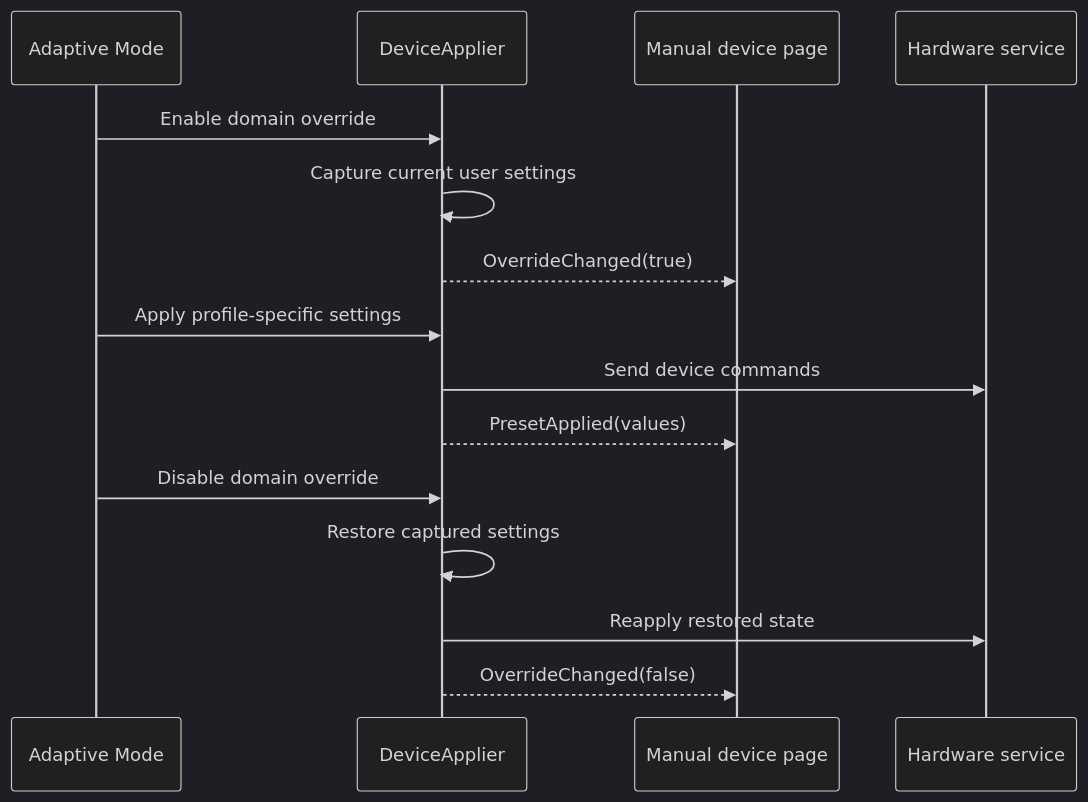
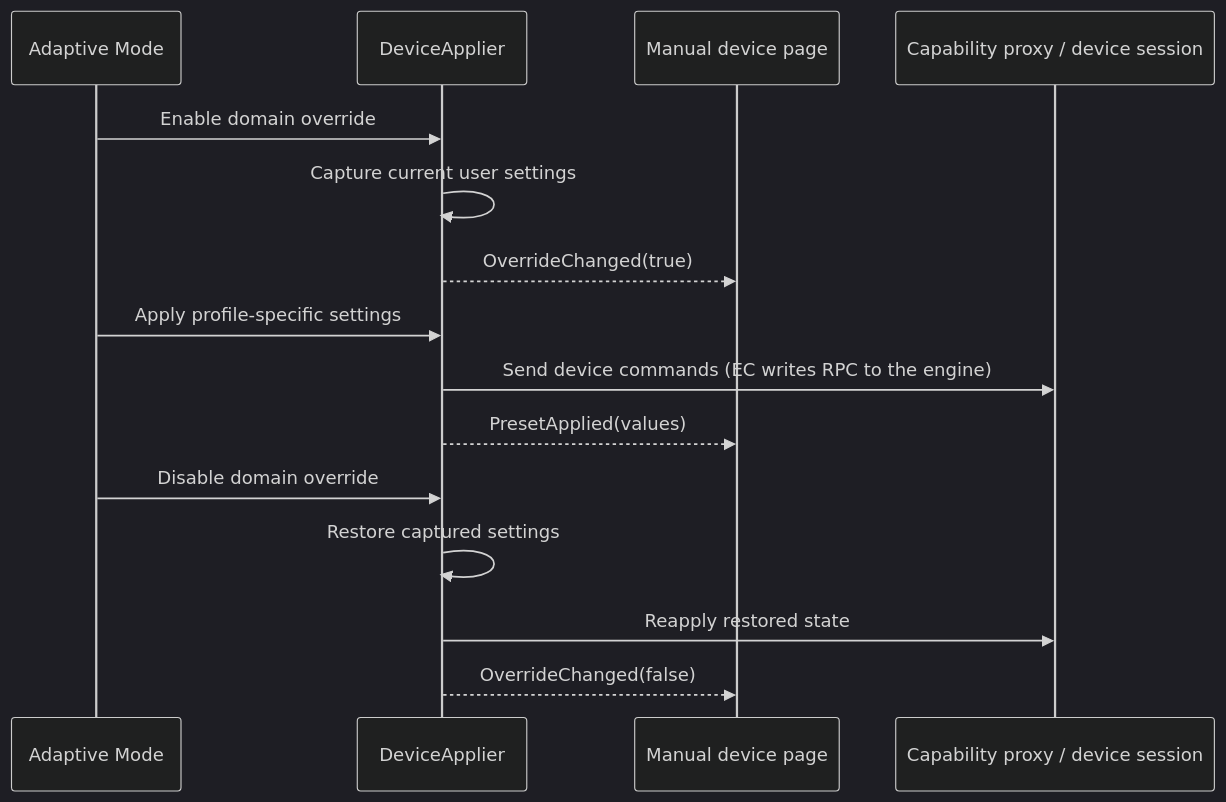
One commit to Uniwill-Control-Utility/Uniwill-Control-Utility changed the third of 3 diagrams in wiki/architecture/preset-and-adaptive-pipelines.md. Above: the diagram before and after it, drawn with Mermaid (dark theme). The commit also changed other lines of this file and 24 other files, not shown here.

First line of the commit message:
Phase 6: retire the guardian and the dev bridge; the engine is the architecture

````diff
--- a/wiki/architecture/preset-and-adaptive-pipelines.md
+++ b/wiki/architecture/preset-and-adaptive-pipelines.md
@@ -105,18 +105,18 @@
 ```mermaid
 sequenceDiagram
     participant A as Adaptive Mode
     participant D as DeviceApplier
     participant P as Manual device page
-    participant H as Hardware service
+    participant H as Capability proxy / device session
 
     A->>D: Enable domain override
     D->>D: Capture current user settings
     D-->>P: OverrideChanged(true)
     A->>D: Apply profile-specific settings
-    D->>H: Send device commands
+    D->>H: Send device commands (EC writes RPC to the engine)
     D-->>P: PresetApplied(values)
     A->>D: Disable domain override
     D->>D: Restore captured settings
     D->>H: Reapply restored state
     D-->>P: OverrideChanged(false)
 ```
````
